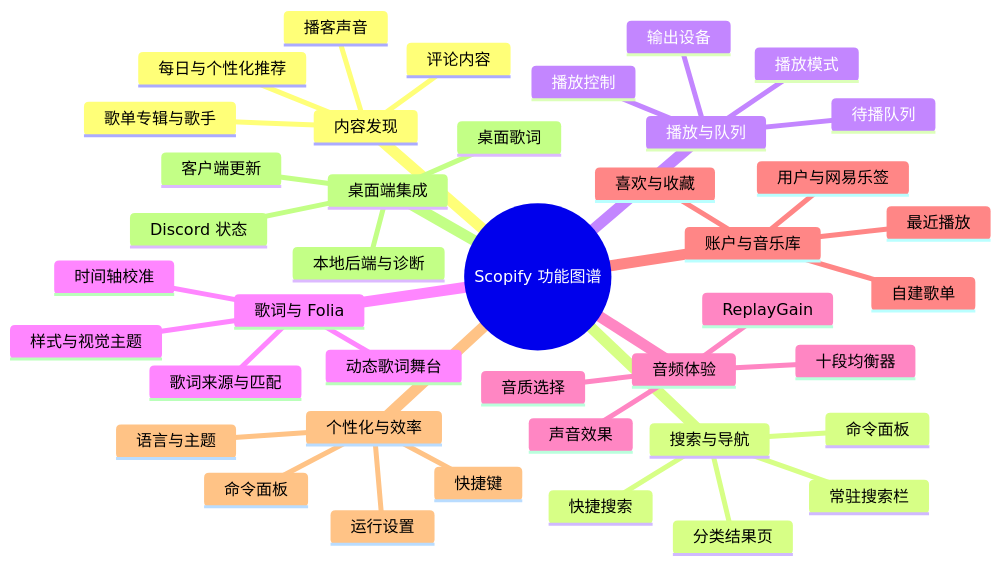
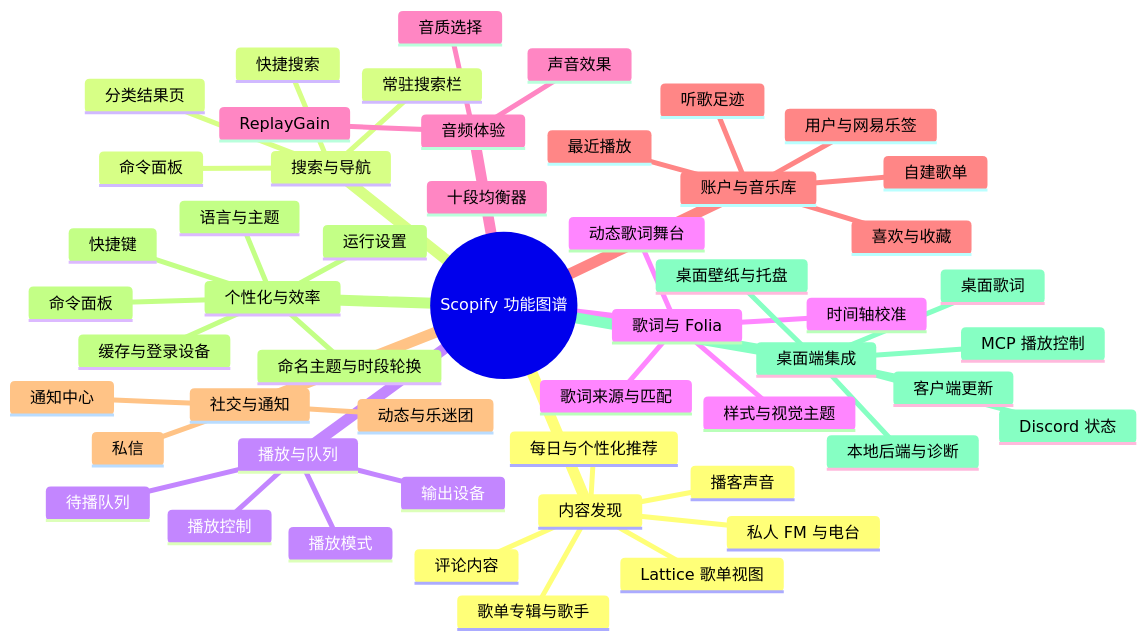
One commit to MT-SUPER-POWER/Scopify changed the diagram in repo/frontend/apps/docs/content/docs/(framework)/features-mindmap.mmd. Above: the diagram before and after it, drawn with Mermaid. The commit also changed 2 other files, not shown here.

Commit message:
docs(features): document FM, social, listening report, themes, MCP and more

```diff
--- a/repo/frontend/apps/docs/content/docs/(framework)/features-mindmap.mmd
+++ b/repo/frontend/apps/docs/content/docs/(framework)/features-mindmap.mmd
@@ -1,42 +1,53 @@
 mindmap
   root((Scopify 功能图谱))
     内容发现
       每日与个性化推荐
       歌单专辑与歌手
+      私人 FM 与电台
       播客声音
       评论内容
+      Lattice 歌单视图
     搜索与导航
       快捷搜索
       常驻搜索栏
       分类结果页
       命令面板
     播放与队列
       播放控制
       播放模式
       待播队列
       输出设备
     歌词与 Folia
       动态歌词舞台
       歌词来源与匹配
       时间轴校准
       样式与视觉主题
     音频体验
       音质选择
       十段均衡器
       ReplayGain
       声音效果
     账户与音乐库
       喜欢与收藏
       最近播放
       自建歌单
+      听歌足迹
       用户与网易乐签
+    社交与通知
+      动态与乐迷团
+      私信
+      通知中心
     个性化与效率
+      命名主题与时段轮换
+      缓存与登录设备
       语言与主题
       快捷键
       命令面板
       运行设置
     桌面端集成
       桌面歌词
+      桌面壁纸与托盘
+      MCP 播放控制
       Discord 状态
       客户端更新
       本地后端与诊断
```
